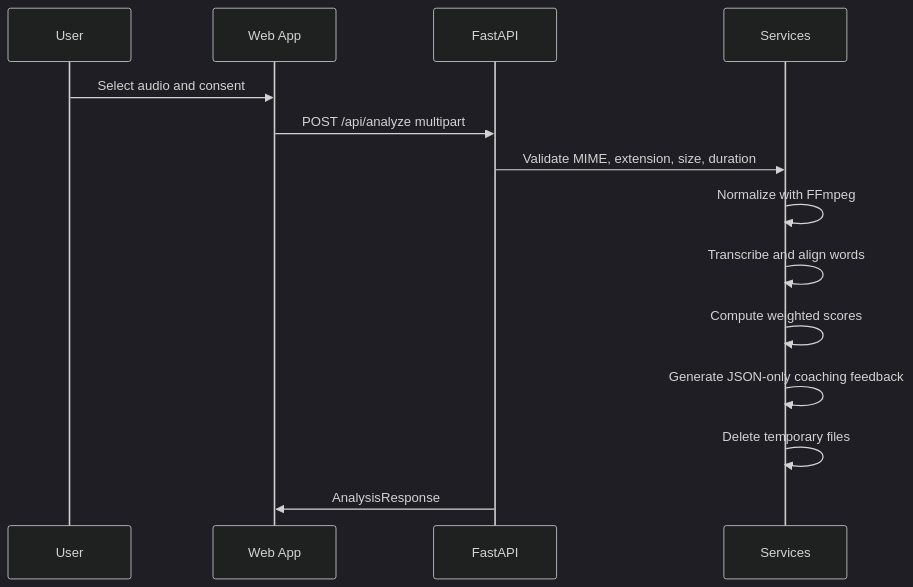
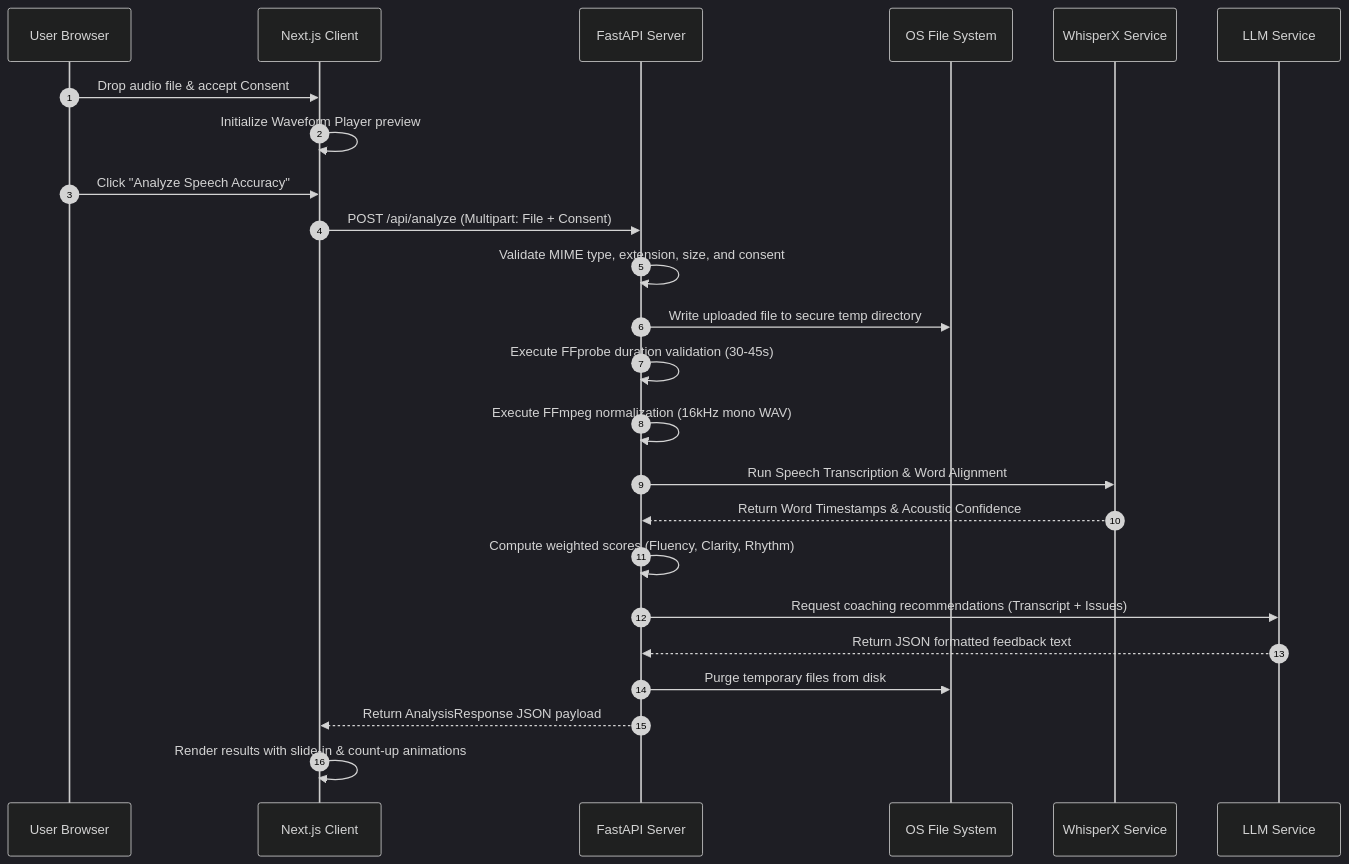
One commit to akash768145s/pronounce-ai changed the second of 6 diagrams in SYSTEM_ARCHITECTURE.md. Above: the diagram before and after it, drawn with Mermaid (dark theme). The commit also changed other lines of this file and 2 other files, not shown here.

Commit message:
docs: finalize system architecture for Livo AI assessment

````diff
--- a/SYSTEM_ARCHITECTURE.md
+++ b/SYSTEM_ARCHITECTURE.md
@@ -22,16 +60,27 @@
 ```mermaid
 sequenceDiagram
-  participant U as User
-  participant W as Web App
-  participant A as FastAPI
-  participant S as Services
-  U->>W: Select audio and consent
-  W->>A: POST /api/analyze multipart
-  A->>S: Validate MIME, extension, size, duration
-  S->>S: Normalize with FFmpeg
-  S->>S: Transcribe and align words
-  S->>S: Compute weighted scores
-  S->>S: Generate JSON-only coaching feedback
-  S->>S: Delete temporary files
-  A->>W: AnalysisResponse
+    autonumber
+    participant U as User Browser
+    participant F as Next.js Client
+    participant B as FastAPI Server
+    participant OS as OS File System
+    participant W as WhisperX Service
+    participant L as LLM Service
+
+    U->>F: Drop audio file & accept Consent
+    F->>F: Initialize Waveform Player preview
+    U->>F: Click "Analyze Speech Accuracy"
+    F->>B: POST /api/analyze (Multipart: File + Consent)
+    B->>B: Validate MIME type, extension, size, and consent
+    B->>OS: Write uploaded file to secure temp directory
+    B->>B: Execute FFprobe duration validation (30-45s)
+    B->>B: Execute FFmpeg normalization (16kHz mono WAV)
+    B->>W: Run Speech Transcription & Word Alignment
+    W-->>B: Return Word Timestamps & Acoustic Confidence
+    B->>B: Compute weighted scores (Fluency, Clarity, Rhythm)
+    B->>L: Request coaching recommendations (Transcript + Issues)
+    L-->>B: Return JSON formatted feedback text
+    B->>OS: Purge temporary files from disk
+    B-->>F: Return AnalysisResponse JSON payload
+    F->>F: Render results with slide-in & count-up animations
 ```
````
